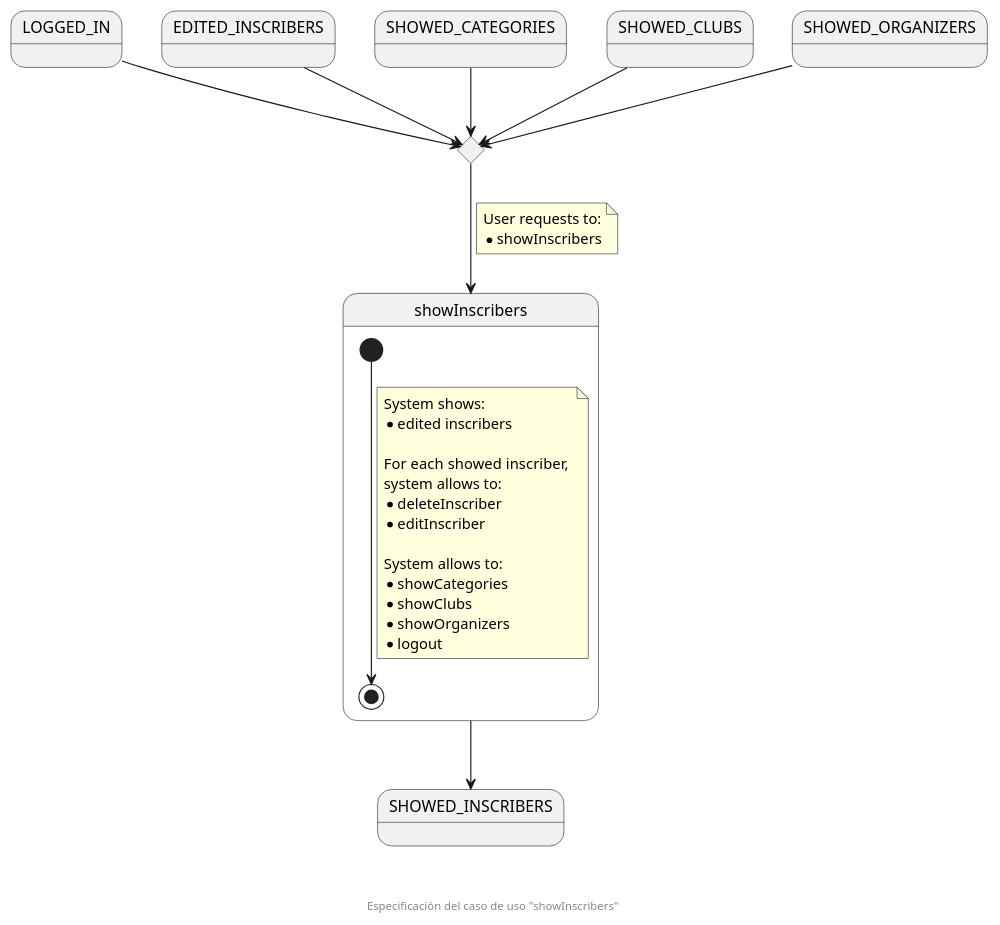
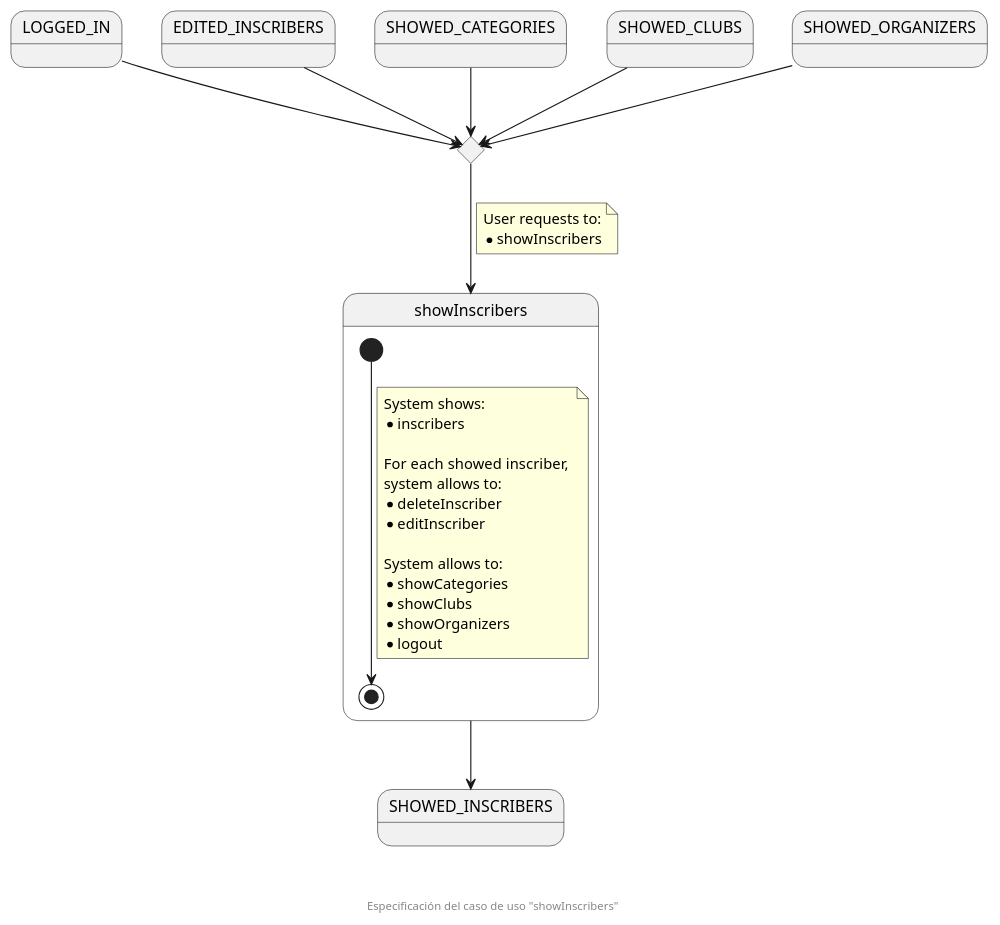
Before and after one commit to zuldare/mastercloud_pfm_halterocms: the diagram in documentation/diagrams/1_requirements/3_useCasesSpecification/organizationSecretary/10_showInscribers.puml, drawn with PlantUML.

Commit message:
Fix showInscribers, changing 'edited inscribers' message

```diff
--- a/documentation/diagrams/1_requirements/3_useCasesSpecification/organizationSecretary/10_showInscribers.puml
+++ b/documentation/diagrams/1_requirements/3_useCasesSpecification/organizationSecretary/10_showInscribers.puml
@@ -1,44 +1,44 @@
 @startuml
 state LOGGED_IN
 state EDITED_INSCRIBERS
 state SHOWED_CATEGORIES
 state SHOWED_CLUBS
 state SHOWED_ORGANIZERS
 
 state enterShowInscriberCHC <<choice>>
 
 state showInscribers {
   [*] --> [*]
   note on link
     System shows:
-    * edited inscribers
+    * inscribers
 
     For each showed inscriber, 
     system allows to:
     * deleteInscriber
     * editInscriber
 
     System allows to:
     * showCategories
     * showClubs
     * showOrganizers
     * logout
   end note
 }
 state SHOWED_INSCRIBERS
 
 LOGGED_IN --> enterShowInscriberCHC
 EDITED_INSCRIBERS --> enterShowInscriberCHC
 SHOWED_CATEGORIES --> enterShowInscriberCHC
 SHOWED_CLUBS --> enterShowInscriberCHC
 SHOWED_ORGANIZERS --> enterShowInscriberCHC
 
 enterShowInscriberCHC --> showInscribers
 note on link
   User requests to:
   * showInscribers
 end note
 showInscribers --> SHOWED_INSCRIBERS
 
 footer \n\n\n Especificación del caso de uso "showInscribers"
 @enduml
```
